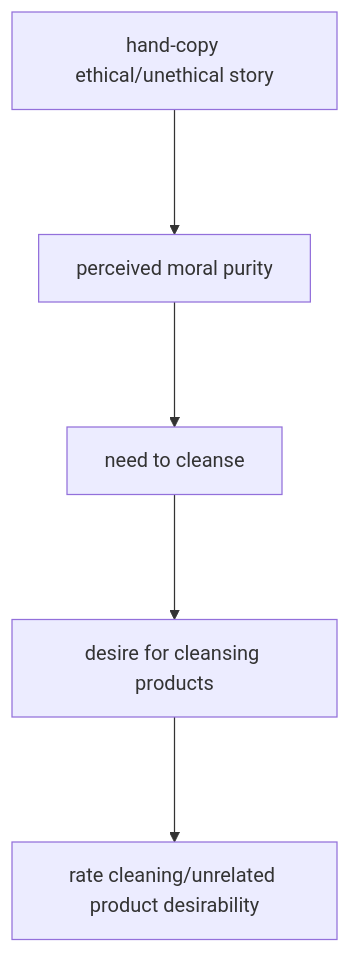
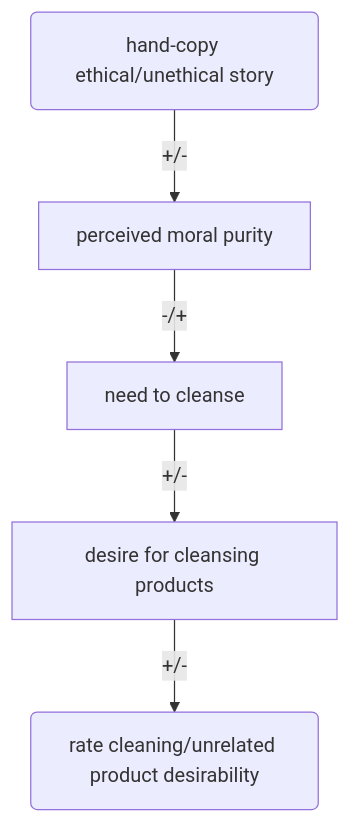
Before and after one commit to psu-psychology/psych-490-reproducibility-2024-fall: the third of 4 diagrams in src/notes/wk04-2024-09-18-replication-lady-macbeth.qmd, drawn with Mermaid. The commit also changed other lines of this file and 2 other files, not shown here.

Commit message:
Minor mods to mermaid figures in 2024-09-18 notes.

````diff
--- a/src/notes/wk04-2024-09-18-replication-lady-macbeth.qmd
+++ b/src/notes/wk04-2024-09-18-replication-lady-macbeth.qmd
@@ -177,7 +194,9 @@
 ```{mermaid}
+%%| label: fig-zhong-2006-study-2
+%%| fig-cap: "Concept diagram of @Zhong2006-nf Study 2"
 flowchart TD
-  A[hand-copy ethical/unethical story] ---> B[perceived moral purity]
-  B ---> E[need to cleanse]
-  E ---> C[desire for cleansing products]
-  C ---> D[rate cleaning/unrelated product desirability]
+  A(hand-copy ethical/unethical story) -->|+/-| B[perceived moral purity]
+  B -->|-/+| E[need to cleanse]
+  E -->|+/-| C[desire for cleansing products]
+  C -->|+/-| D(rate cleaning/unrelated product desirability)
 ```
````
